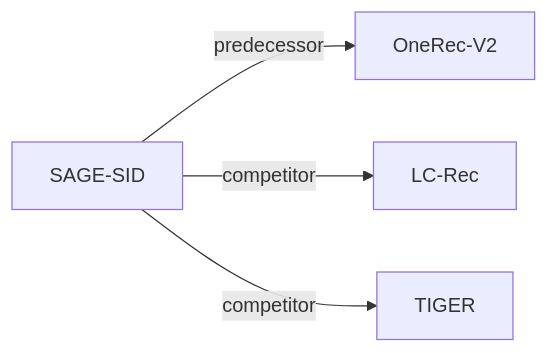
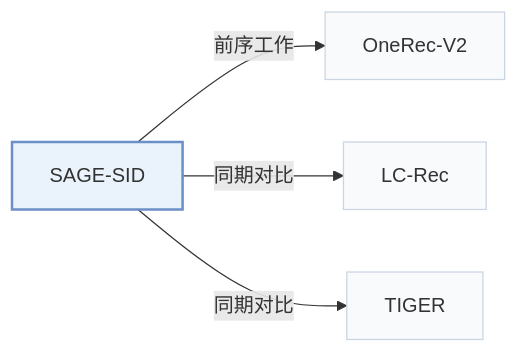
The second of 2 diagrams in pages/zh/papers/sage-sid.md (Galaxy-ghost/Awesome-SID-Generative-Rec), drawn with Mermaid before and after one commit. The commit also changed other lines of this file and 649 other files, not shown here.

Commit message:
writer-05: also tags and modality index (schema, check, build, visuals); summary field removed; calibration data for 12 papers

````diff
--- a/pages/zh/papers/sage-sid.md
+++ b/pages/zh/papers/sage-sid.md
@@ -66,7 +73,11 @@
 ```mermaid
 flowchart LR
     P["SAGE-SID"]
-    P -->|predecessor| A["OneRec-V2"]
-    P -->|competitor| B["LC-Rec"]
-    P -->|competitor| C["TIGER"]
+    P -->|"前序工作"| A["OneRec-V2"]
+    P -->|"同期对比"| B["LC-Rec"]
+    P -->|"同期对比"| C["TIGER"]
+    classDef main fill:#eaf2fb,stroke:#6b8fc7,stroke-width:2px
+    classDef peer fill:#f8fafc,stroke:#cbd5e1
+    class P main
+    class A,B,C peer
 ```
````
